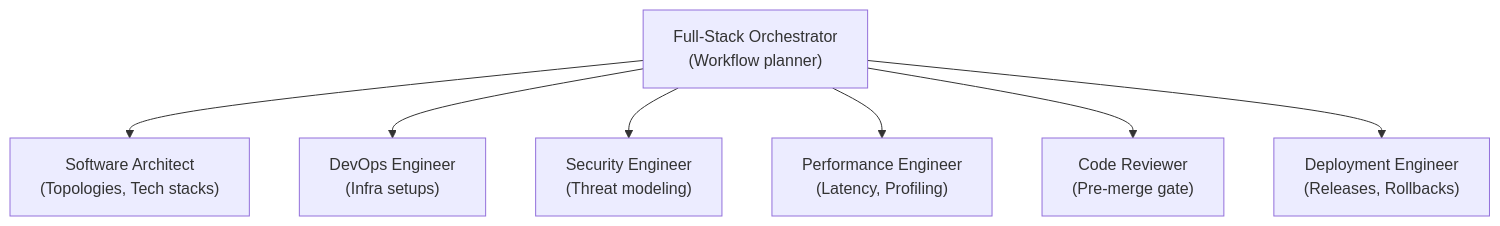
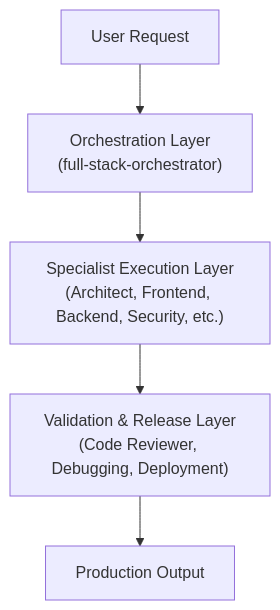
Before and after one commit to Shivangkesarwani/Nexulyt-AI-OS: the diagram in docs/architecture.md, drawn with Mermaid. The commit also changed other lines of this file and 15 other files, not shown here.

````diff
--- a/docs/architecture.md
+++ b/docs/architecture.md
@@ -11,9 +13,7 @@
 ```mermaid
 flowchart TD
-    Orch["Full-Stack Orchestrator\n(Workflow planner)"] --> Arch["Software Architect\n(Topologies, Tech stacks)"]
-    Orch --> Dev["DevOps Engineer\n(Infra setups)"]
-    Orch --> Sec["Security Engineer\n(Threat modeling)"]
-    Orch --> Perf["Performance Engineer\n(Latency, Profiling)"]
-    Orch --> Review["Code Reviewer\n(Pre-merge gate)"]
-    Orch --> Deploy["Deployment Engineer\n(Releases, Rollbacks)"]
+    User["User Request"] --> Layer1["Orchestration Layer\n(full-stack-orchestrator)"]
+    Layer1 --> Layer2["Specialist Execution Layer\n(Architect, Frontend, Backend, Security, etc.)"]
+    Layer2 --> Layer3["Validation & Release Layer\n(Code Reviewer, Debugging, Deployment)"]
+    Layer3 --> Release["Production Output"]
 ```
````
